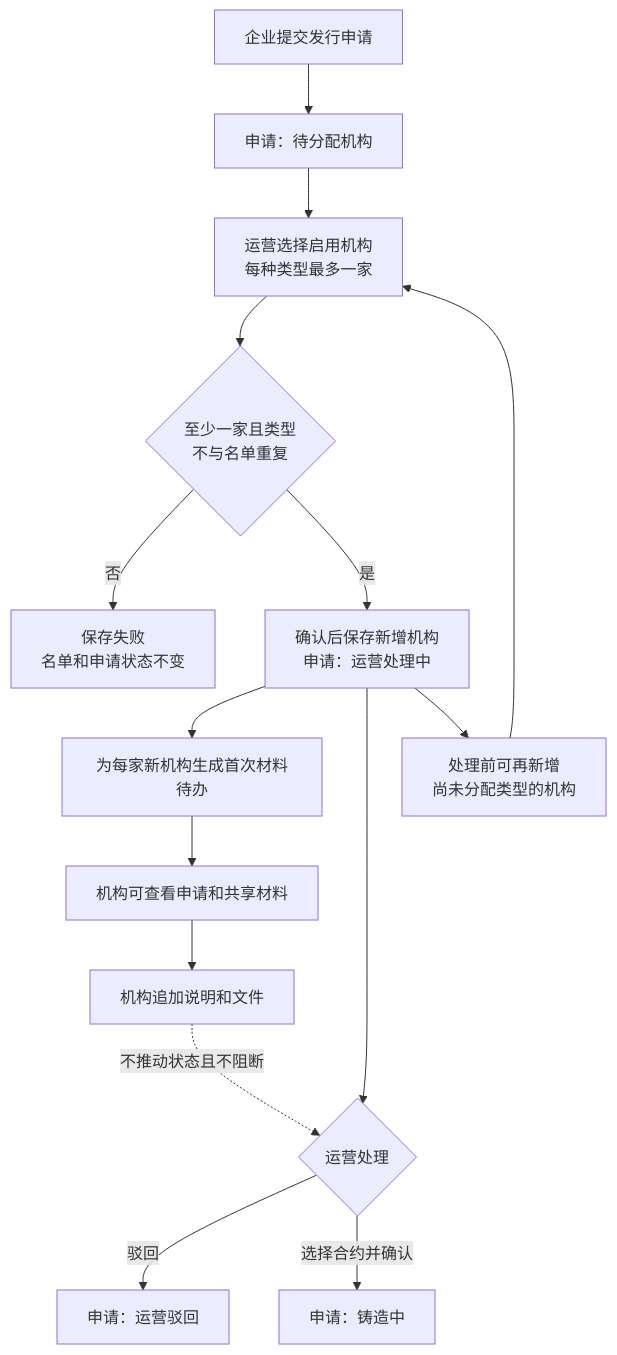
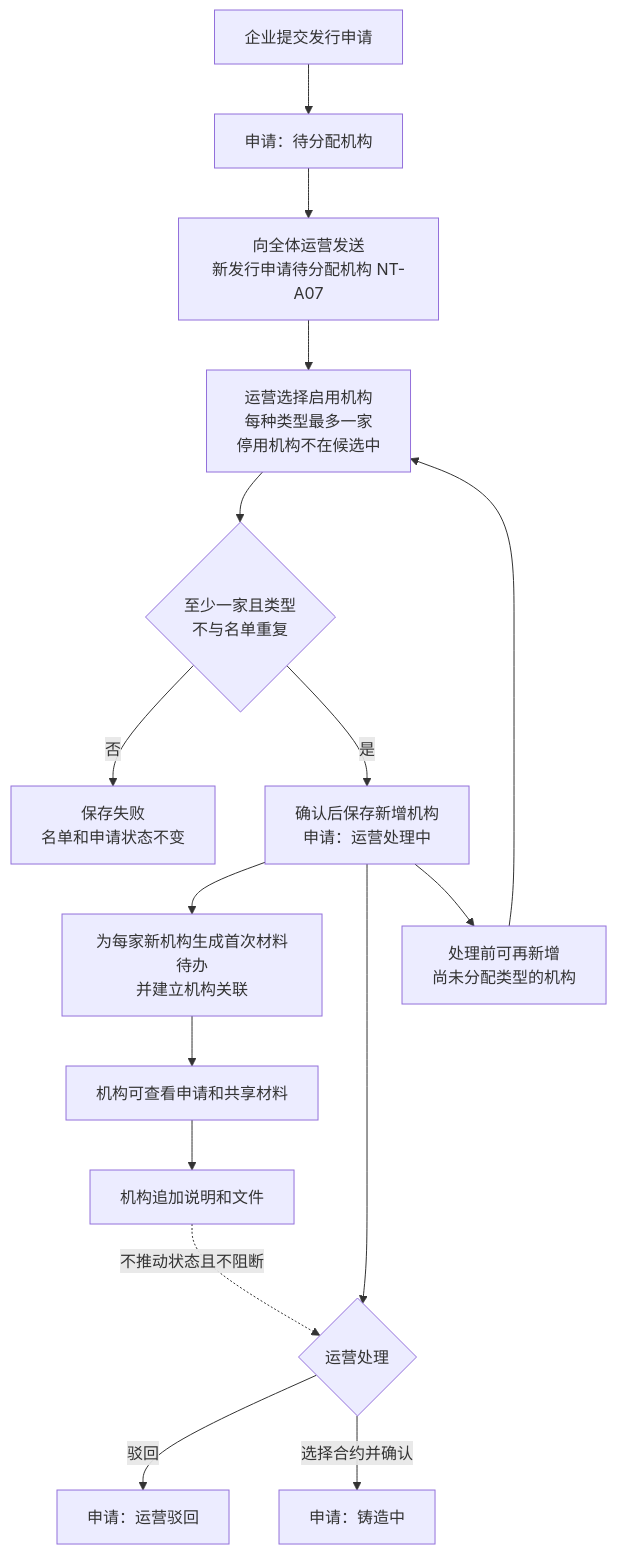
One commit to wxblockchain/Chain-Financing changed the first of 5 diagrams in token-issuance-platform/PRD/管理端/M3b-代币发行-审核与铸造/02-代币发行-审核与铸造-流程图与状态机.md. Above: the diagram before and after it, drawn with Mermaid. The commit also changed other lines of this file and 35 other files, not shown here.

````diff
--- a/token-issuance-platform/PRD/管理端/M3b-代币发行-审核与铸造/02-代币发行-审核与铸造-流程图与状态机.md
+++ b/token-issuance-platform/PRD/管理端/M3b-代币发行-审核与铸造/02-代币发行-审核与铸造-流程图与状态机.md
@@ -21,17 +21,18 @@
 ```mermaid
 flowchart TD
     A[企业提交发行申请] --> B[申请：待分配机构]
-    B --> C[运营选择启用机构<br/>每种类型最多一家]
+    B --> B1[向全体运营发送<br/>新发行申请待分配机构 NT-A07]
+    B1 --> C[运营选择启用机构<br/>每种类型最多一家<br/>停用机构不在候选中]
     C --> D{至少一家且类型<br/>不与名单重复}
     D -->|否| E[保存失败<br/>名单和申请状态不变]
     D -->|是| F[确认后保存新增机构<br/>申请：运营处理中]
-    F --> G[为每家新机构生成首次材料待办]
+    F --> G[为每家新机构生成首次材料待办<br/>并建立机构关联]
     G --> H[机构可查看申请和共享材料]
     H --> I[机构追加说明和文件]
     F --> J{运营处理}
     F --> M[处理前可再新增<br/>尚未分配类型的机构]
     M --> C
     J -->|驳回| K[申请：运营驳回]
     J -->|选择合约并确认| L[申请：铸造中]
     I -.不推动状态且不阻断.-> J
 ```
````
